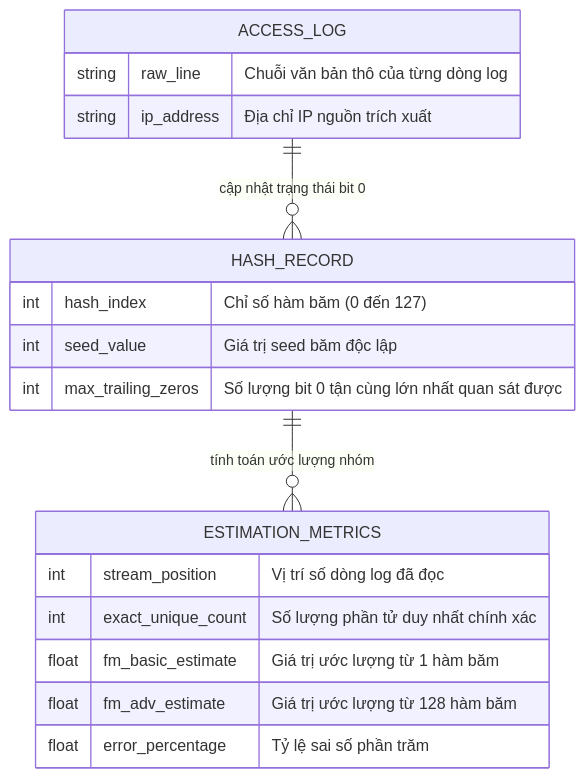
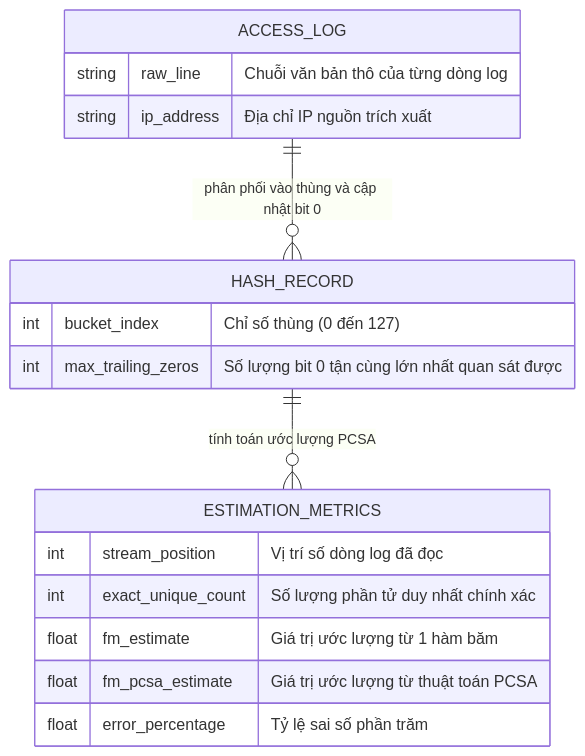
Before and after one commit to CodeingOver/ProjectXuLyDuLieuLon: the third of 3 diagrams in docs/architecture.md, drawn with Mermaid. The commit also changed other lines of this file and 5 other files, not shown here.

Commit message:
refactor: restructure FM notebooks and add architecture and changelog documentation

````diff
--- a/docs/architecture.md
+++ b/docs/architecture.md
@@ -149,24 +146,23 @@
 ```mermaid
 erDiagram
     ACCESS_LOG {
         string raw_line "Chuỗi văn bản thô của từng dòng log"
         string ip_address "Địa chỉ IP nguồn trích xuất"
     }
     
     HASH_RECORD {
-        int hash_index "Chỉ số hàm băm (0 đến 127)"
-        int seed_value "Giá trị seed băm độc lập"
+        int bucket_index "Chỉ số thùng (0 đến 127)"
         int max_trailing_zeros "Số lượng bit 0 tận cùng lớn nhất quan sát được"
     }
     
     ESTIMATION_METRICS {
         int stream_position "Vị trí số dòng log đã đọc"
         int exact_unique_count "Số lượng phần tử duy nhất chính xác"
-        float fm_basic_estimate "Giá trị ước lượng từ 1 hàm băm"
-        float fm_adv_estimate "Giá trị ước lượng từ 128 hàm băm"
+        float fm_estimate "Giá trị ước lượng từ 1 hàm băm"
+        float fm_pcsa_estimate "Giá trị ước lượng từ thuật toán PCSA"
         float error_percentage "Tỷ lệ sai số phần trăm"
     }
 
-    ACCESS_LOG ||--o{ HASH_RECORD : "cập nhật trạng thái bit 0"
-    HASH_RECORD ||--o{ ESTIMATION_METRICS : "tính toán ước lượng nhóm"
+    ACCESS_LOG ||--o{ HASH_RECORD : "phân phối vào thùng và cập nhật bit 0"
+    HASH_RECORD ||--o{ ESTIMATION_METRICS : "tính toán ước lượng PCSA"
 ```
````
